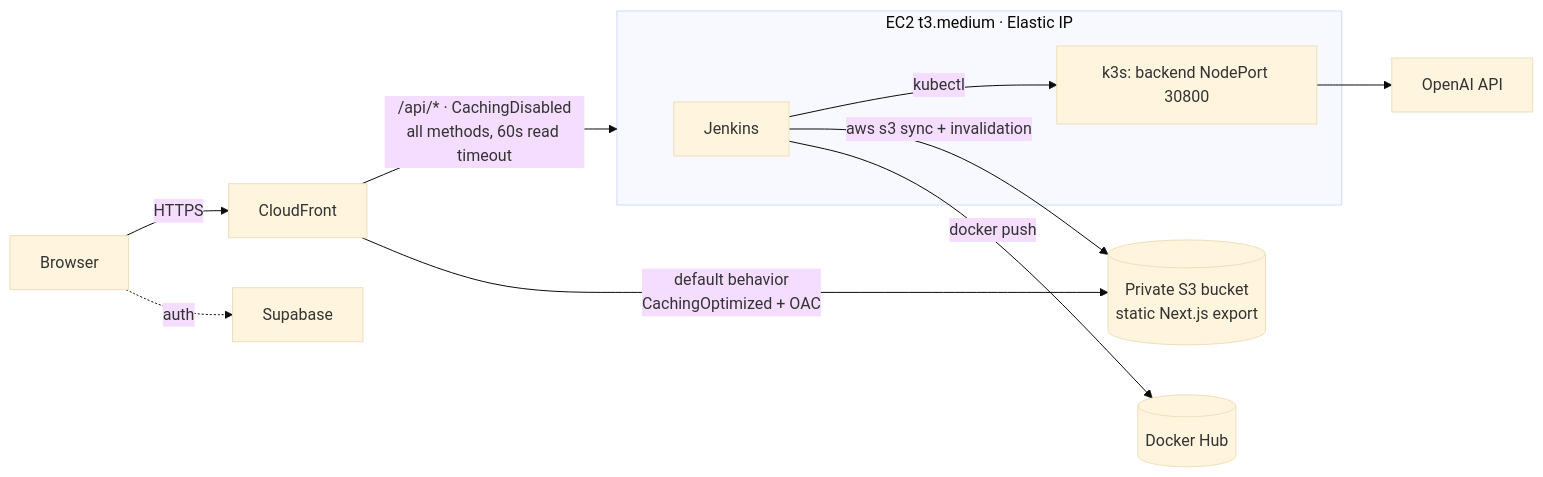
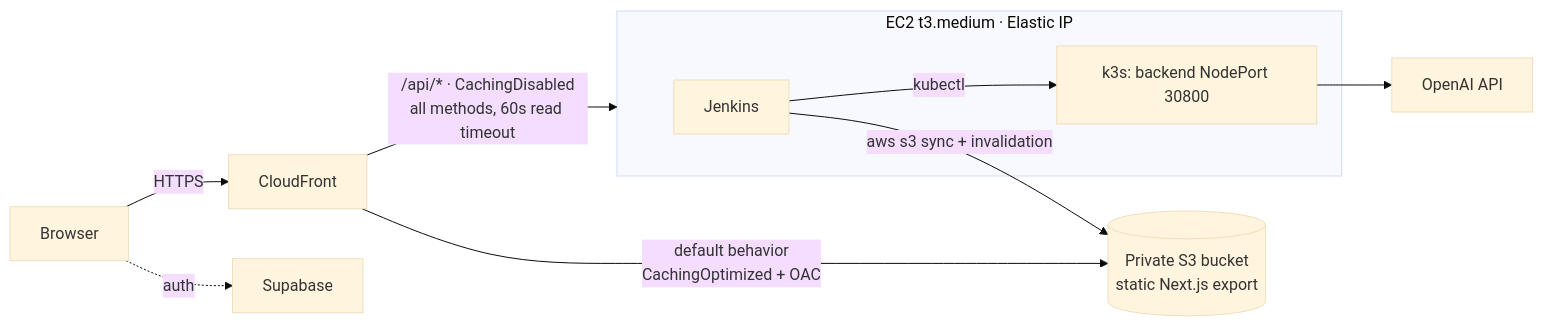
The diagram in README.md (DavidBatoDev/ss-to-code), drawn with Mermaid (base theme) before and after one commit. The commit also changed other lines of this file and 2 other files, not shown here.

````diff
--- a/README.md
+++ b/README.md
@@ -17,13 +17,12 @@
 ```mermaid
 flowchart LR
   U[Browser] -->|HTTPS| CF[CloudFront]
   CF -->|default behavior<br/>CachingOptimized + OAC| S3[(Private S3 bucket<br/>static Next.js export)]
   CF -->|/api/* · CachingDisabled<br/>all methods, 60s read timeout| EC2
   subgraph EC2[EC2 t3.medium · Elastic IP]
     J[Jenkins] -->|kubectl| K[k3s: backend NodePort 30800]
   end
   K --> OAI[OpenAI API]
   U -.->|auth| SB[Supabase]
   J -->|aws s3 sync + invalidation| S3
-  J -->|docker push| DH[(Docker Hub)]
 ```
````
